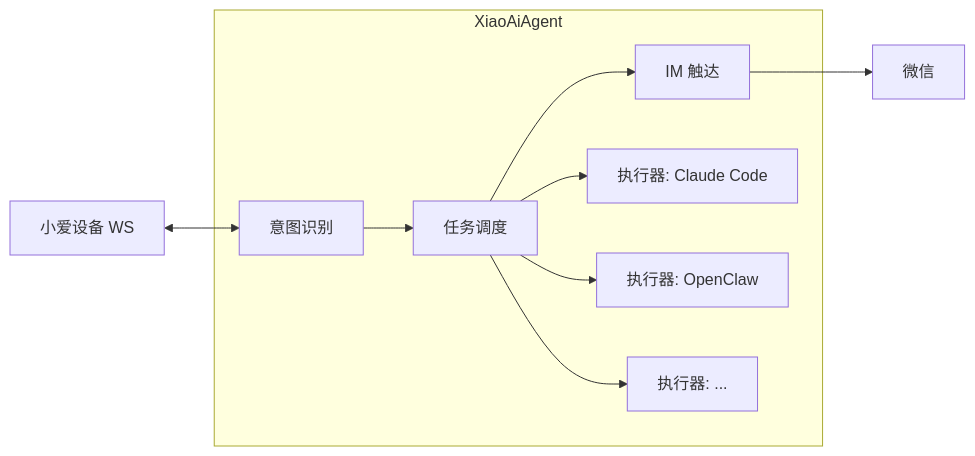
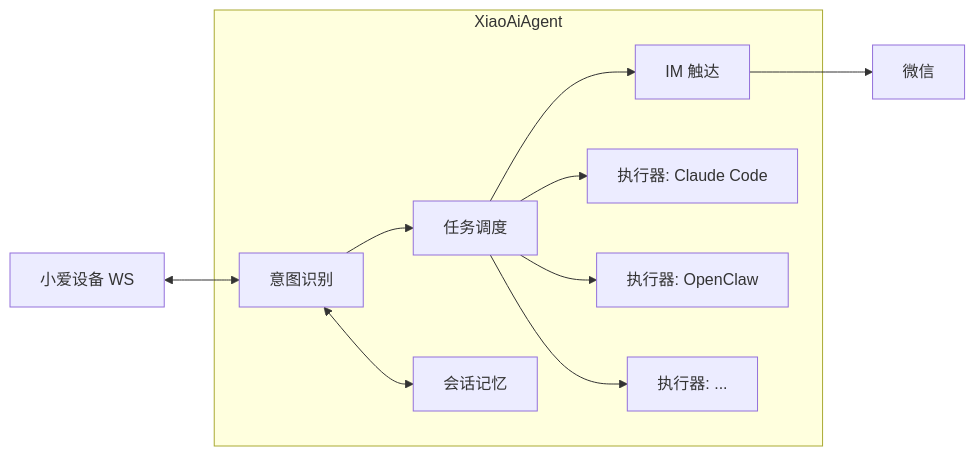
The diagram in README.md (luoliwoshang/open-xiaoai-agent), drawn with Mermaid before and after one commit. The commit also changed other lines of this file, not shown here.

````diff
--- a/README.md
+++ b/README.md
@@ -46,12 +47,13 @@
 ```mermaid
 graph LR
     subgraph XiaoAiAgent
         I[意图识别] --> S[任务调度]
         S --> IM[IM 触达]
         S --> E1[执行器: Claude Code]
         S --> E2[执行器: OpenClaw]
         S --> E3[执行器: ...]
+        I <--> M[会话记忆]
     end
     Device[小爱设备 WS] <--> I
     IM --> WeChat[微信]
 ```
````
